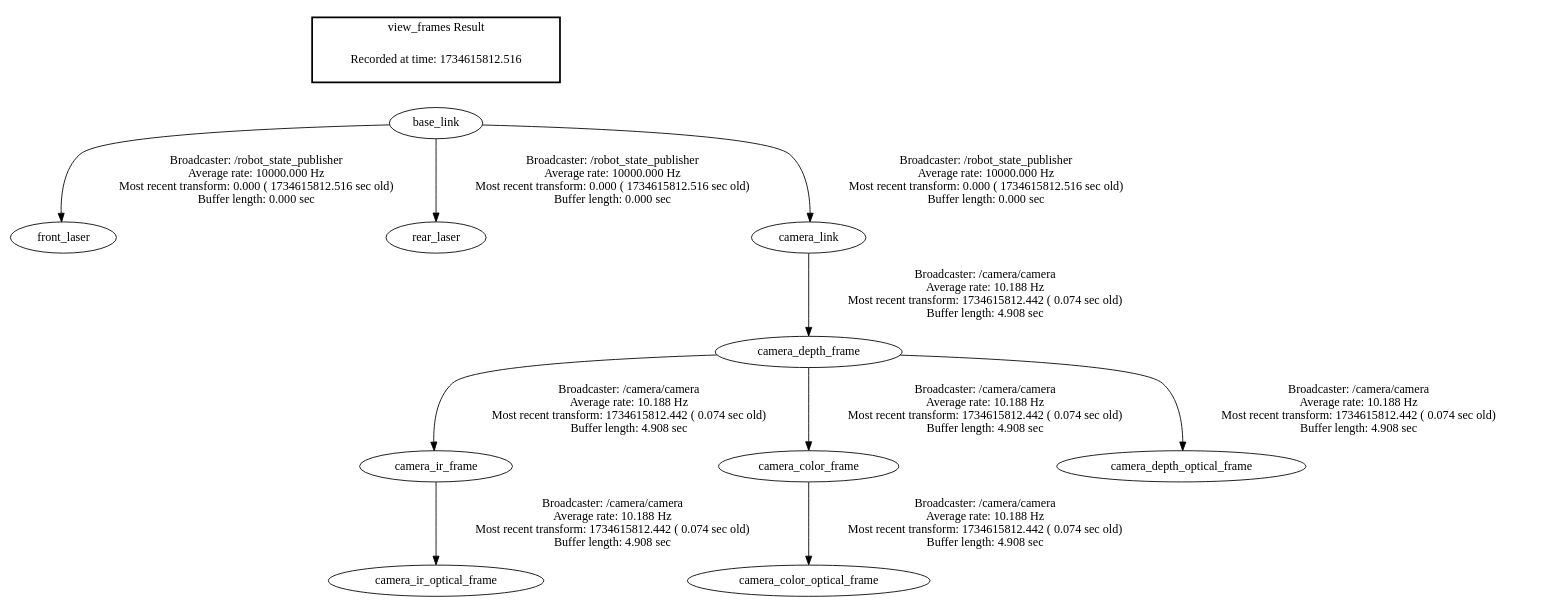
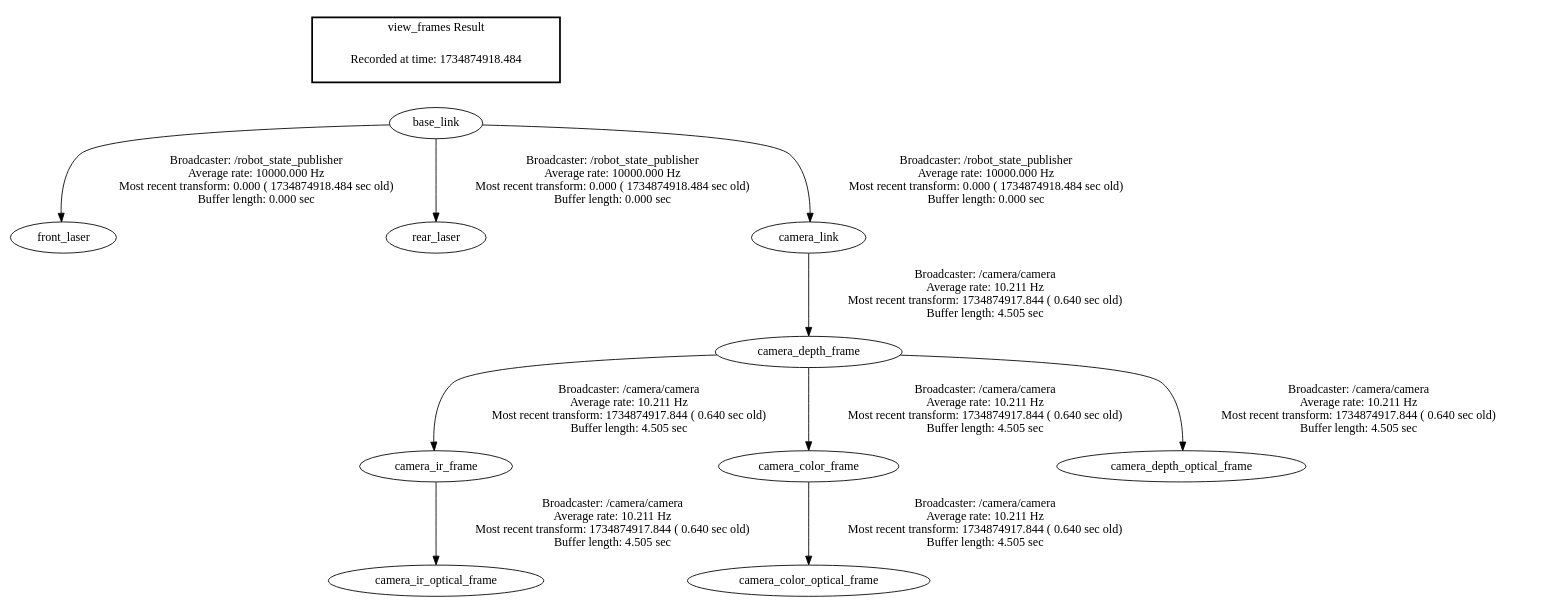
Before and after one commit to Cocoball22/ros-3week: the diagram in frames.gv, drawn with Graphviz. The commit also changed 547 other files, not shown here.

```diff
--- a/frames.gv
+++ b/frames.gv
@@ -1,15 +1,15 @@
 digraph G {
-"base_link" -> "front_laser"[label="Broadcaster: /robot_state_publisher\nAverage rate: 10000.000 Hz\nMost recent transform: 0.000 ( 1734615812.516 sec old)\nBuffer length: 0.000 sec\n"];
-"base_link" -> "rear_laser"[label="Broadcaster: /robot_state_publisher\nAverage rate: 10000.000 Hz\nMost recent transform: 0.000 ( 1734615812.516 sec old)\nBuffer length: 0.000 sec\n"];
-"base_link" -> "camera_link"[label="Broadcaster: /robot_state_publisher\nAverage rate: 10000.000 Hz\nMost recent transform: 0.000 ( 1734615812.516 sec old)\nBuffer length: 0.000 sec\n"];
-"camera_depth_frame" -> "camera_ir_frame"[label="Broadcaster: /camera/camera\nAverage rate: 10.188 Hz\nMost recent transform: 1734615812.442 ( 0.074 sec old)\nBuffer length: 4.908 sec\n"];
-"camera_link" -> "camera_depth_frame"[label="Broadcaster: /camera/camera\nAverage rate: 10.188 Hz\nMost recent transform: 1734615812.442 ( 0.074 sec old)\nBuffer length: 4.908 sec\n"];
-"camera_ir_frame" -> "camera_ir_optical_frame"[label="Broadcaster: /camera/camera\nAverage rate: 10.188 Hz\nMost recent transform: 1734615812.442 ( 0.074 sec old)\nBuffer length: 4.908 sec\n"];
-"camera_depth_frame" -> "camera_color_frame"[label="Broadcaster: /camera/camera\nAverage rate: 10.188 Hz\nMost recent transform: 1734615812.442 ( 0.074 sec old)\nBuffer length: 4.908 sec\n"];
-"camera_color_frame" -> "camera_color_optical_frame"[label="Broadcaster: /camera/camera\nAverage rate: 10.188 Hz\nMost recent transform: 1734615812.442 ( 0.074 sec old)\nBuffer length: 4.908 sec\n"];
-"camera_depth_frame" -> "camera_depth_optical_frame"[label="Broadcaster: /camera/camera\nAverage rate: 10.188 Hz\nMost recent transform: 1734615812.442 ( 0.074 sec old)\nBuffer length: 4.908 sec\n"];
+"base_link" -> "front_laser"[label="Broadcaster: /robot_state_publisher\nAverage rate: 10000.000 Hz\nMost recent transform: 0.000 ( 1734874918.484 sec old)\nBuffer length: 0.000 sec\n"];
+"base_link" -> "rear_laser"[label="Broadcaster: /robot_state_publisher\nAverage rate: 10000.000 Hz\nMost recent transform: 0.000 ( 1734874918.484 sec old)\nBuffer length: 0.000 sec\n"];
+"base_link" -> "camera_link"[label="Broadcaster: /robot_state_publisher\nAverage rate: 10000.000 Hz\nMost recent transform: 0.000 ( 1734874918.484 sec old)\nBuffer length: 0.000 sec\n"];
+"camera_depth_frame" -> "camera_ir_frame"[label="Broadcaster: /camera/camera\nAverage rate: 10.211 Hz\nMost recent transform: 1734874917.844 ( 0.640 sec old)\nBuffer length: 4.505 sec\n"];
+"camera_link" -> "camera_depth_frame"[label="Broadcaster: /camera/camera\nAverage rate: 10.211 Hz\nMost recent transform: 1734874917.844 ( 0.640 sec old)\nBuffer length: 4.505 sec\n"];
+"camera_ir_frame" -> "camera_ir_optical_frame"[label="Broadcaster: /camera/camera\nAverage rate: 10.211 Hz\nMost recent transform: 1734874917.844 ( 0.640 sec old)\nBuffer length: 4.505 sec\n"];
+"camera_depth_frame" -> "camera_color_frame"[label="Broadcaster: /camera/camera\nAverage rate: 10.211 Hz\nMost recent transform: 1734874917.844 ( 0.640 sec old)\nBuffer length: 4.505 sec\n"];
+"camera_color_frame" -> "camera_color_optical_frame"[label="Broadcaster: /camera/camera\nAverage rate: 10.211 Hz\nMost recent transform: 1734874917.844 ( 0.640 sec old)\nBuffer length: 4.505 sec\n"];
+"camera_depth_frame" -> "camera_depth_optical_frame"[label="Broadcaster: /camera/camera\nAverage rate: 10.211 Hz\nMost recent transform: 1734874917.844 ( 0.640 sec old)\nBuffer length: 4.505 sec\n"];
 edge [style=invis];
  subgraph cluster_legend { style=bold; color=black; label ="view_frames Result";
-"Recorded at time: 1734615812.516"[ shape=plaintext ] ;
+"Recorded at time: 1734874918.484"[ shape=plaintext ] ;
  }->"base_link";
 }
```
